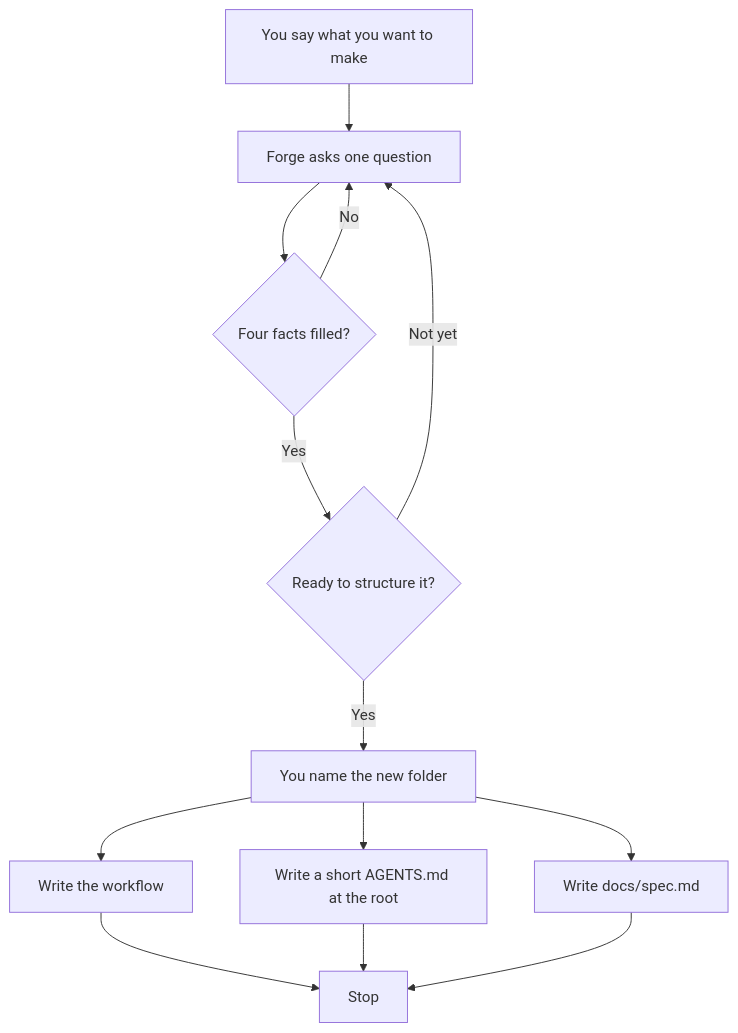
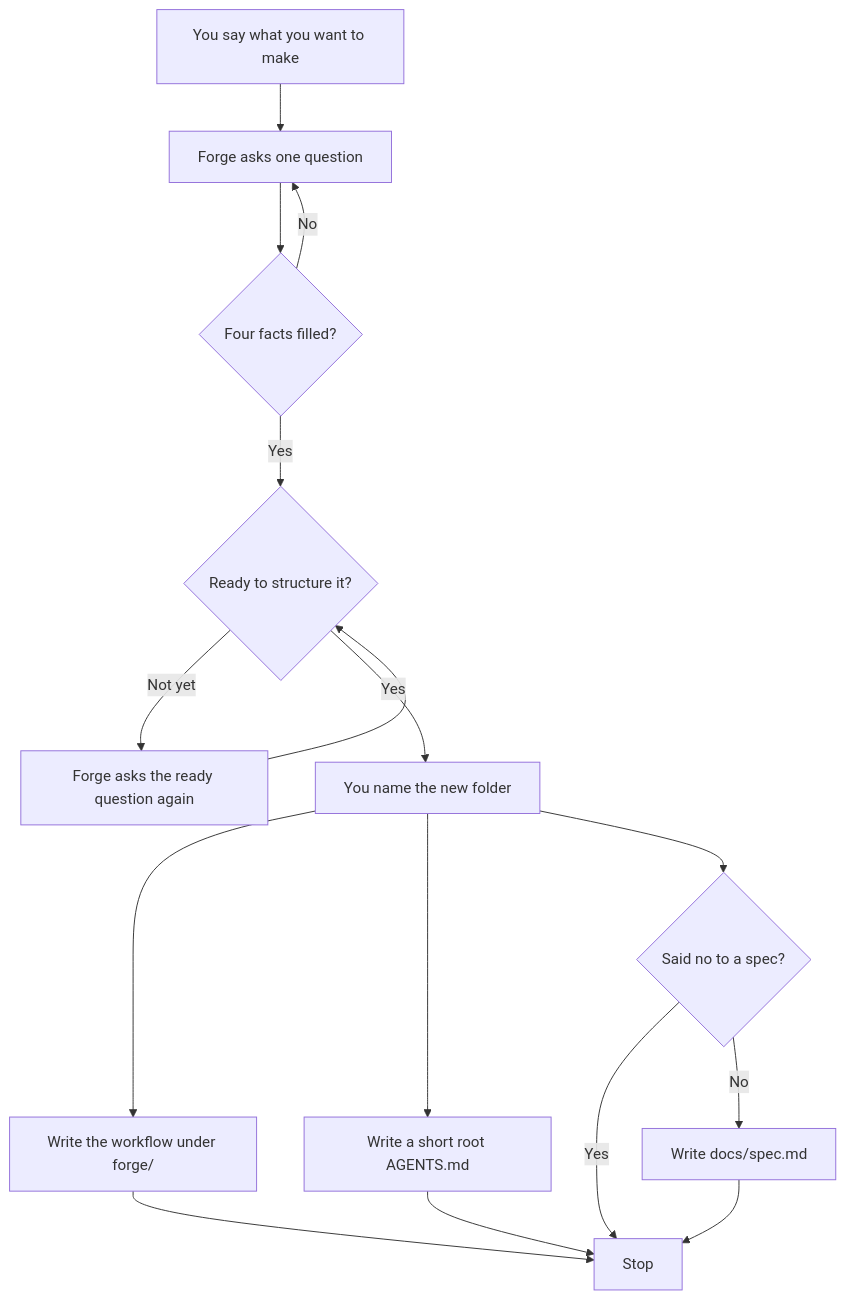
One commit to edheltzel/Forge changed the diagram in README.md. Above: the diagram before and after it, drawn with Mermaid. The commit also changed other lines of this file and 6 other files, not shown here.

Commit message:
fix: skip spec only when write_spec is false before apply (#9)

````diff
--- a/README.md
+++ b/README.md
@@ -33,15 +35,18 @@
 ```mermaid
 flowchart TD
   A[You say what you want to make] --> B[Forge asks one question]
   B --> C{Four facts filled?}
   C -->|No| B
   C -->|Yes| D{Ready to structure it?}
-  D -->|Not yet| B
+  D -->|Not yet| R[Forge asks the ready question again]
+  R --> D
   D -->|Yes| E[You name the new folder]
-  E --> F[Write the workflow]
-  E --> G[Write a short AGENTS.md at the root]
-  E --> H[Write docs/spec.md]
-  F --> K[Stop]
+  E --> F[Write the workflow under forge/]
+  E --> G[Write a short root AGENTS.md]
+  E --> H{Said no to a spec?}
+  H -->|Yes| K[Stop]
+  H -->|No| I[Write docs/spec.md]
+  F --> K
   G --> K
-  H --> K
+  I --> K
 ```
````
